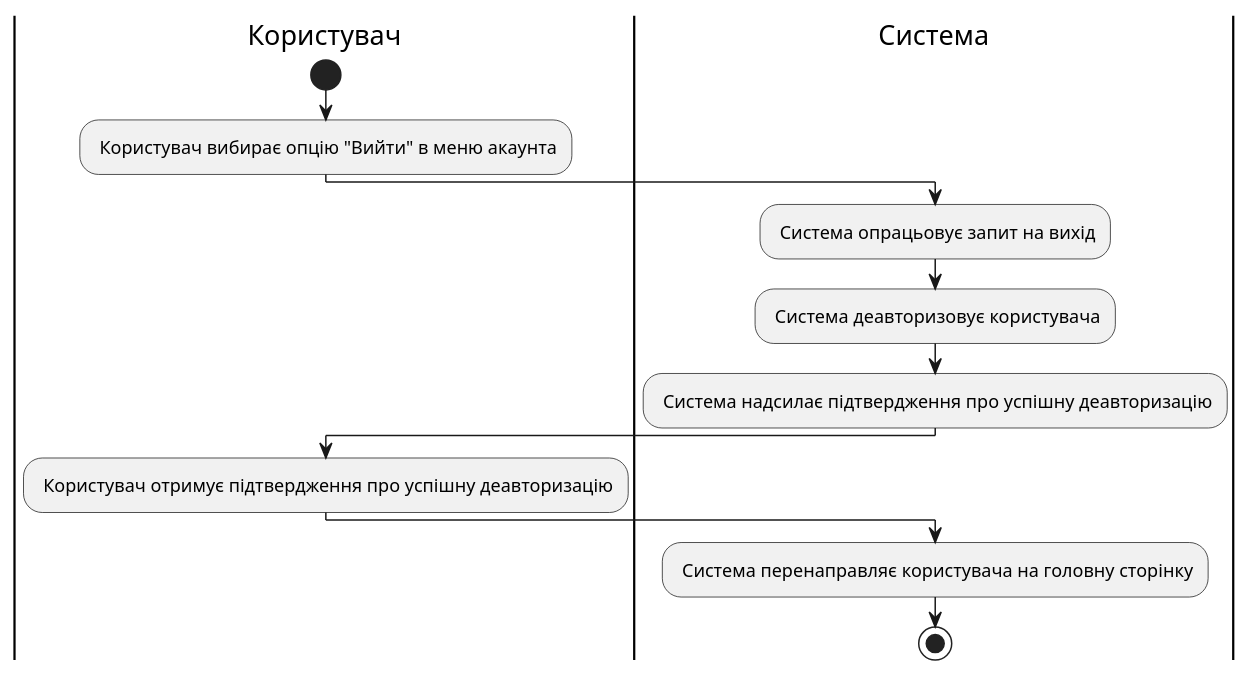
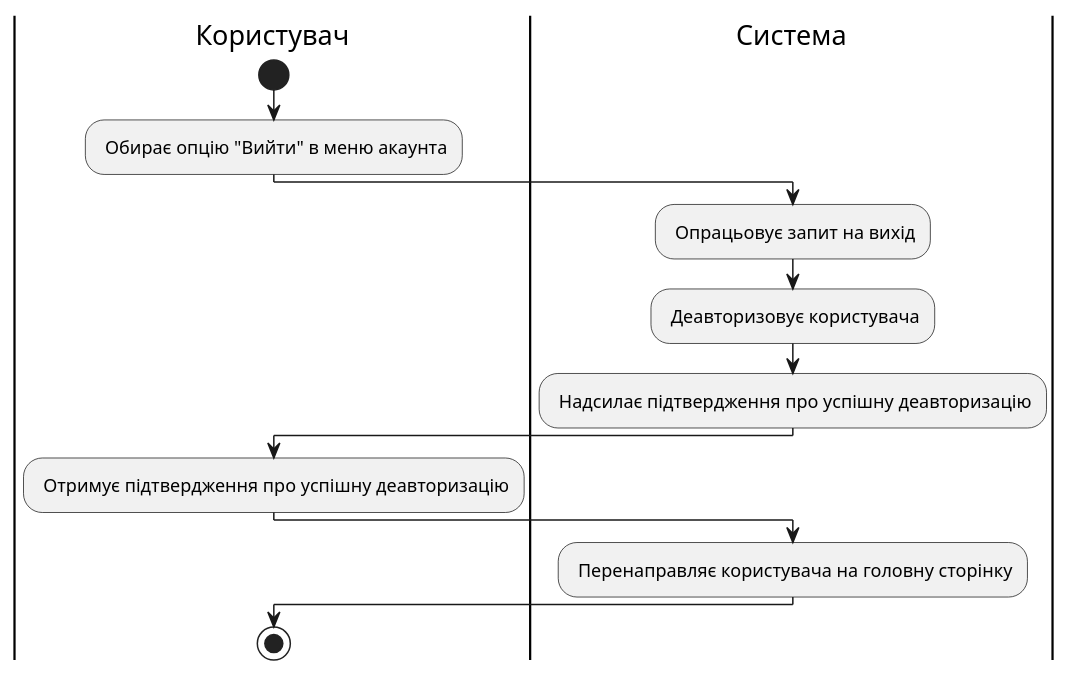
One commit to watashone/db-labs changed diagram 11 of 17 in docs/use cases/README.md. Above: the diagram before and after it, drawn with PlantUML. The commit also changed other lines of this file, not shown here.

````diff
--- a/docs/use cases/README.md
+++ b/docs/use cases/README.md
@@ -381,16 +377,17 @@
 ```plantuml
 @startuml
     |Користувач|
         start
-        : Користувач вибирає опцію "Вийти" в меню акаунта;
+        : Обирає опцію "Вийти" в меню акаунта;
     |Система|
-        : Система опрацьовує запит на вихід;
-        : Система деавторизовує користувача;
-        : Система надсилає підтвердження про успішну деавторизацію;
+        : Опрацьовує запит на вихід;
+        : Деавторизовує користувача;
+        : Надсилає підтвердження про успішну деавторизацію;
     |Користувач|
-        : Користувач отримує підтвердження про успішну деавторизацію;
+        : Отримує підтвердження про успішну деавторизацію;
     |Система|    
-        : Система перенаправляє користувача на головну сторінку;
+        : Перенаправляє користувача на головну сторінку;
+    |Користувач|
         stop;
 @enduml
 ```
````
